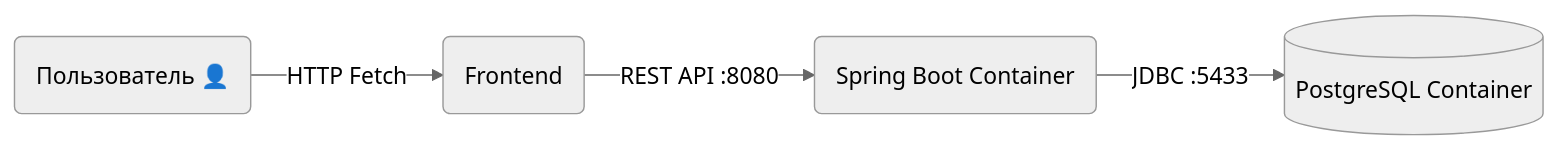
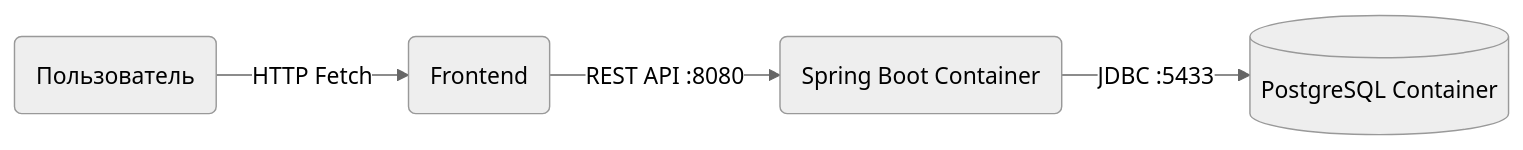
Before and after one commit to kexbr/java-bsu-2025: the diagram in Lab 3/README.md, drawn with Mermaid (neutral theme). The commit also changed other lines of this file, not shown here.

Commit message:
trying to repair graph

````diff
--- a/Lab 3/README.md
+++ b/Lab 3/README.md
@@ -25,6 +25,6 @@
 ```mermaid
 graph LR
-    User(Пользователь 👤) -- "HTTP Fetch" --> Front(Frontend)
+    User(Пользователь) -- "HTTP Fetch" --> Front(Frontend)
     Front -- "REST API :8080" --> Back(Spring Boot Container)
     Back -- "JDBC :5433" --> DB[(PostgreSQL Container)]
 ```
````
